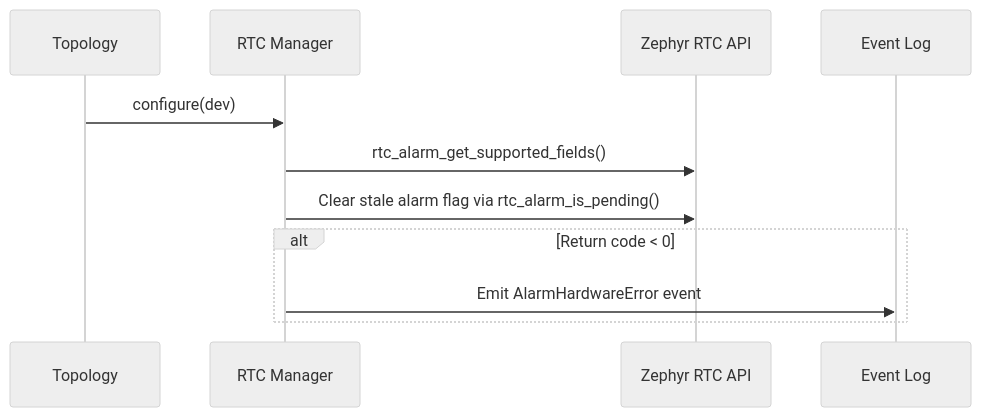
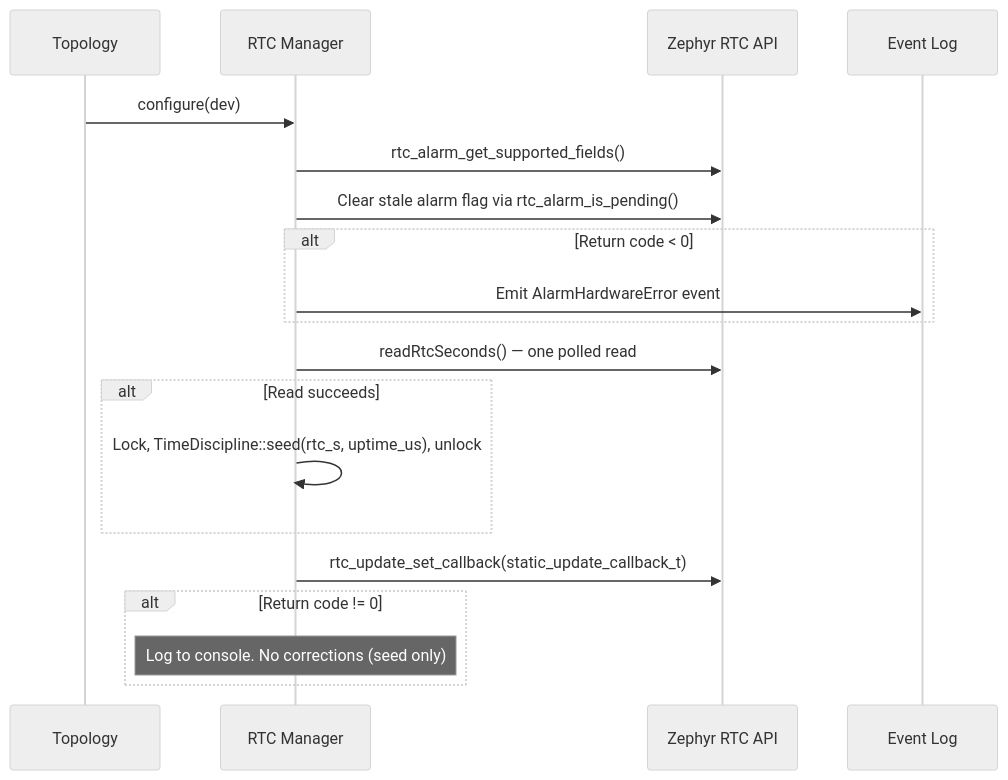
One commit to Open-Source-Space-Foundation/proves-core-reference changed diagram 16 of 18 in PROVESFlightControllerReference/Components/Drv/RtcManager/docs/sdd.md. Above: the diagram before and after it, drawn with Mermaid (neutral theme). The commit also changed other lines of this file and 18 other files, not shown here.

Commit message:
feat(rtc): time offset disciplined by the RTC update interrupt (#525)

````diff
--- a/PROVESFlightControllerReference/Components/Drv/RtcManager/docs/sdd.md
+++ b/PROVESFlightControllerReference/Components/Drv/RtcManager/docs/sdd.md
@@ -515,14 +613,22 @@
 ```mermaid
 sequenceDiagram
     participant Topology
     participant RTC Manager
     participant Zephyr RTC API
     participant Event Log
 
     Topology->>RTC Manager: configure(dev)
     RTC Manager->>Zephyr RTC API: rtc_alarm_get_supported_fields()
     RTC Manager->>Zephyr RTC API: Clear stale alarm flag via rtc_alarm_is_pending()
     alt Return code < 0
         RTC Manager->>Event Log: Emit AlarmHardwareError event
     end
+    RTC Manager->>Zephyr RTC API: readRtcSeconds() — one polled read
+    alt Read succeeds
+        RTC Manager->>RTC Manager: Lock, TimeDiscipline::seed(rtc_s, uptime_us), unlock
+    end
+    RTC Manager->>Zephyr RTC API: rtc_update_set_callback(static_update_callback_t)
+    alt Return code != 0
+        Note over RTC Manager: Log to console. No corrections (seed only)
+    end
 ```
````
